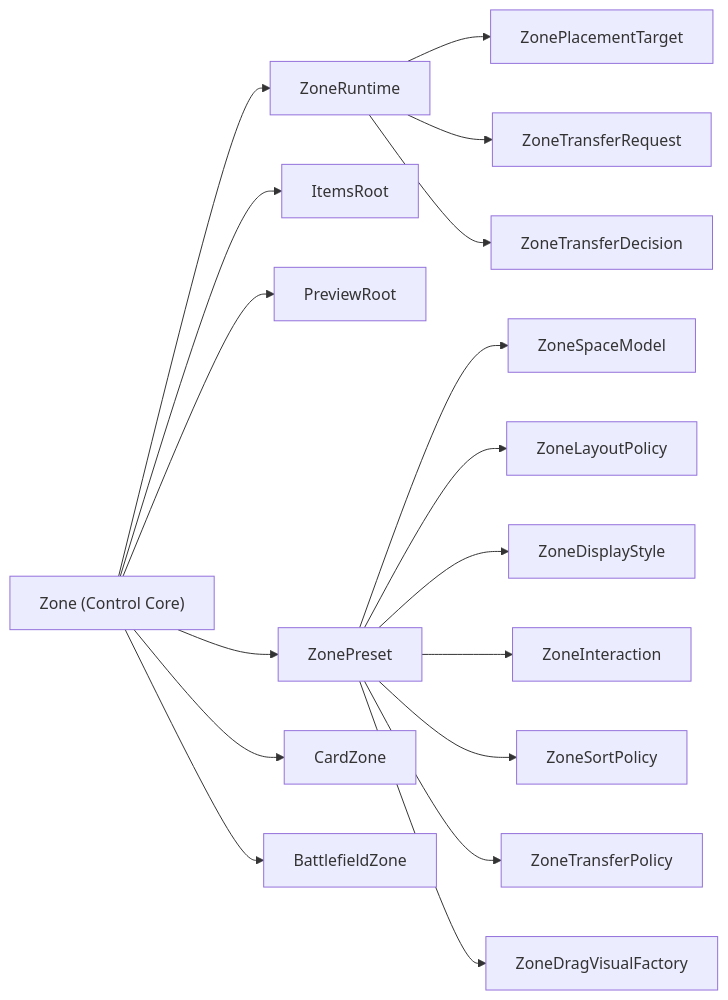
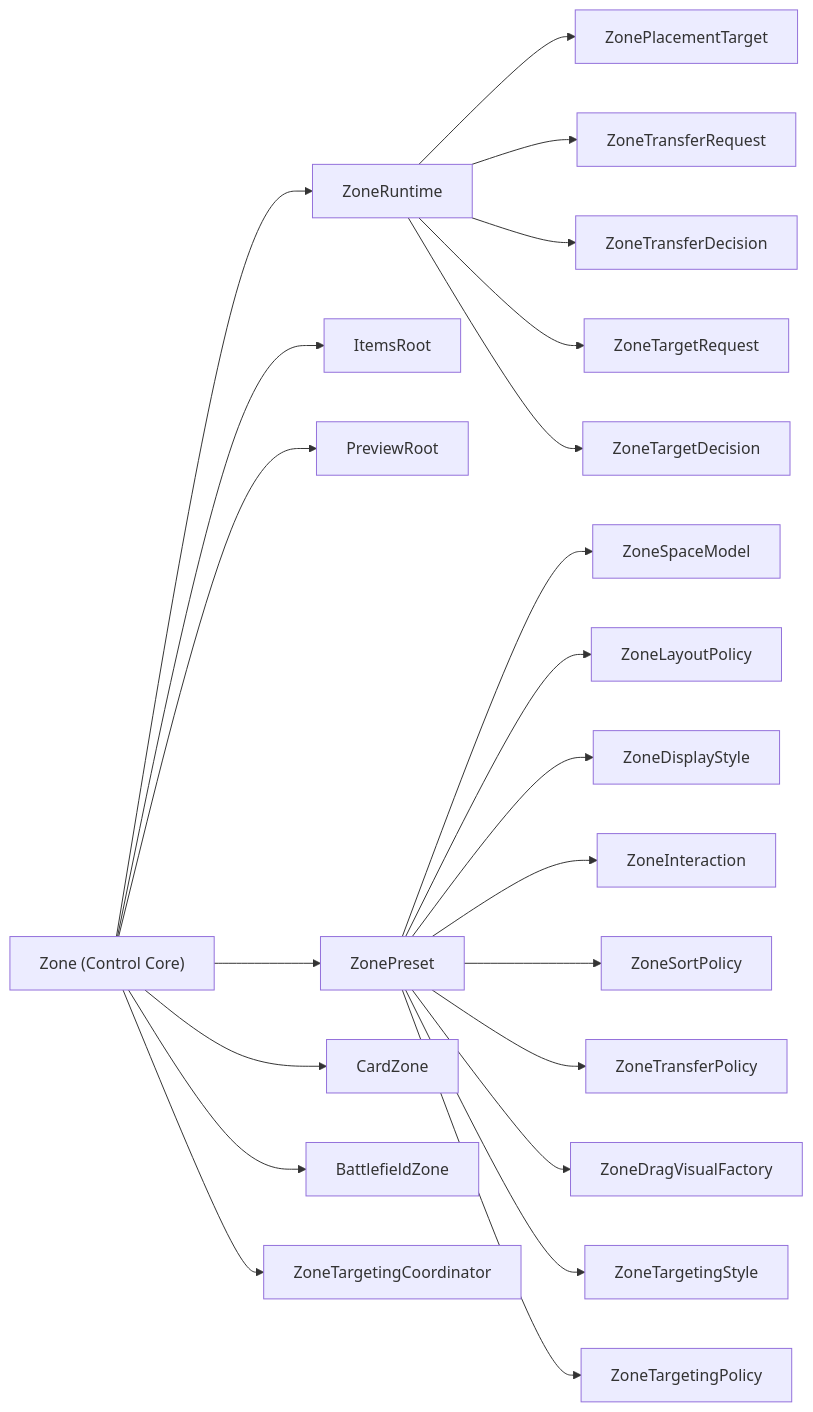
Before and after one commit to AmyF/nascent-soul: the diagram in README.md, drawn with Mermaid. The commit also changed other lines of this file and 98 other files, not shown here.

````diff
--- a/README.md
+++ b/README.md
@@ -12,19 +13,24 @@
 ```mermaid
 flowchart LR
     Zone["Zone (Control Core)"] --> Runtime["ZoneRuntime"]
     Zone --> Items["ItemsRoot"]
     Zone --> Preview["PreviewRoot"]
     Zone --> Preset["ZonePreset"]
     Preset --> Space["ZoneSpaceModel"]
     Preset --> Layout["ZoneLayoutPolicy"]
     Preset --> Display["ZoneDisplayStyle"]
     Preset --> Interaction["ZoneInteraction"]
     Preset --> Sort["ZoneSortPolicy"]
     Preset --> Transfer["ZoneTransferPolicy"]
     Preset --> DragVisual["ZoneDragVisualFactory"]
+    Preset --> TargetStyle["ZoneTargetingStyle"]
+    Preset --> TargetPolicy["ZoneTargetingPolicy"]
     Runtime --> Placement["ZonePlacementTarget"]
     Runtime --> Request["ZoneTransferRequest"]
     Runtime --> Decision["ZoneTransferDecision"]
+    Runtime --> TargetRequest["ZoneTargetRequest"]
+    Runtime --> TargetDecision["ZoneTargetDecision"]
     Zone --> CardFamily["CardZone"]
     Zone --> BattleFamily["BattlefieldZone"]
+    Zone --> Targeting["ZoneTargetingCoordinator"]
 ```
````
